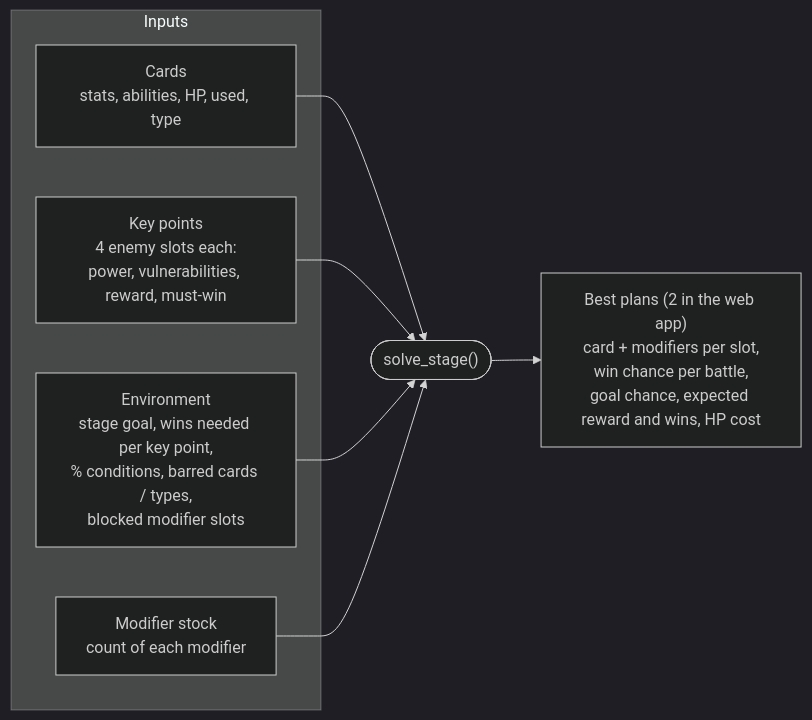
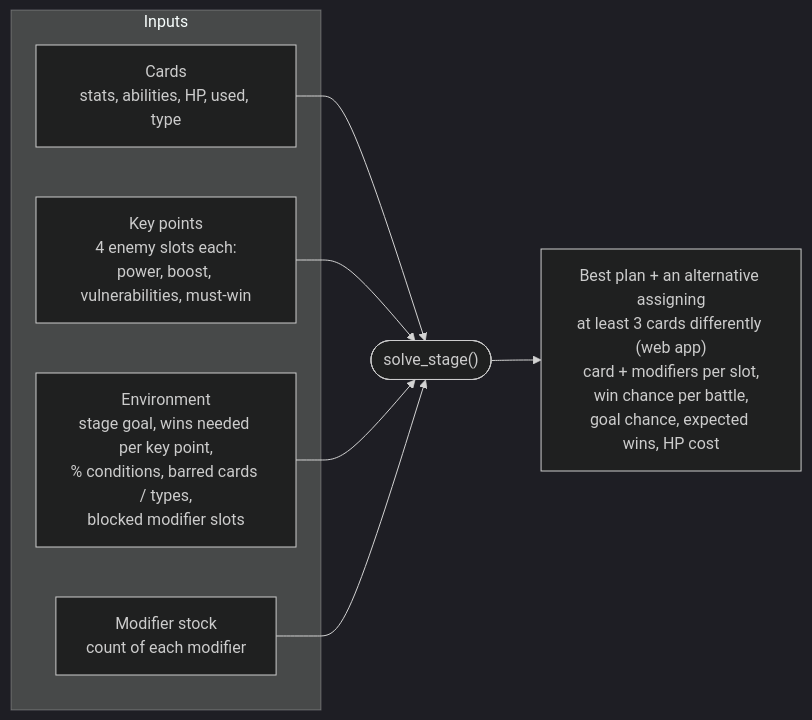
Before and after one commit to zobayer1/wowscardsolver: the first of 3 diagrams in docs/SOLVER.md, drawn with Mermaid (dark theme). The commit also changed other lines of this file and 20 other files, not shown here.

````diff
--- a/docs/SOLVER.md
+++ b/docs/SOLVER.md
@@ -13,11 +19,11 @@
 ```mermaid
 flowchart LR
     subgraph Inputs
         R["Cards<br/>stats, abilities, HP, used, type"]
-        K["Key points<br/>4 enemy slots each:<br/>power, vulnerabilities, reward, must-win"]
+        K["Key points<br/>4 enemy slots each:<br/>power, boost, vulnerabilities, must-win"]
         E["Environment<br/>stage goal, wins needed per key point,<br/>% conditions, barred cards / types,<br/>blocked modifier slots"]
         M["Modifier stock<br/>count of each modifier"]
     end
     R & K & E & M --> S(["solve_stage()"])
-    S --> P["Best plans (2 in the web app)<br/>card + modifiers per slot,<br/>win chance per battle,<br/>goal chance, expected reward and wins, HP cost"]
+    S --> P["Best plan + an alternative assigning<br/>at least 3 cards differently (web app)<br/>card + modifiers per slot,<br/>win chance per battle,<br/>goal chance, expected wins, HP cost"]
 ```
````
